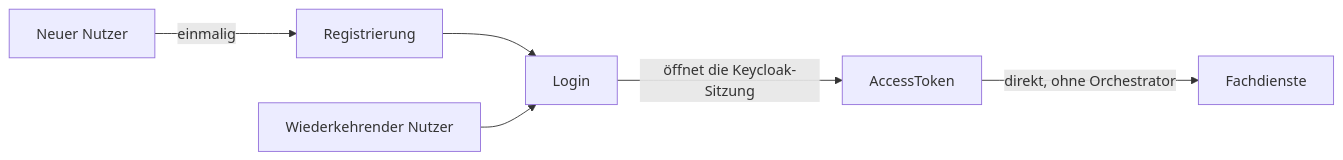
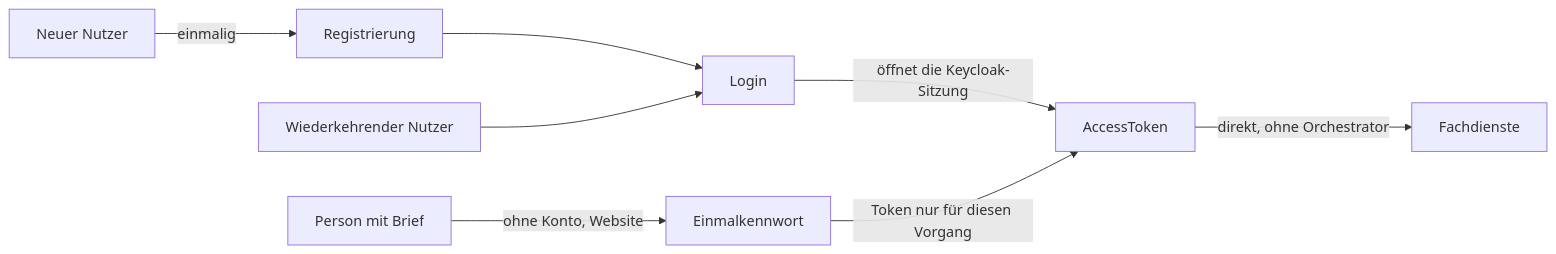
Before and after one commit to rpreissel/identity-demo: the first of 2 diagrams in docs/01-ueberblick.md, drawn with Mermaid. The commit also changed other lines of this file and 10 other files, not shown here.

First line of the commit message:
Doku und Diagramme zum Vorgangszugang nachgezogen (DPoP-demo-uhj4)

````diff
--- a/docs/01-ueberblick.md
+++ b/docs/01-ueberblick.md
@@ -20,8 +22,10 @@
 ```mermaid
 flowchart LR
   N["Neuer Nutzer"] -- einmalig --> R["Registrierung"]
   R --> L
   B["Wiederkehrender Nutzer"] --> L["Login"]
+  E["Person mit Brief"] -- "ohne Konto, Website" --> V["Einmalkennwort"]
   L -- "öffnet die Keycloak-Sitzung" --> T["AccessToken"]
+  V -- "Token nur für diesen Vorgang" --> T
   T -- "direkt, ohne Orchestrator" --> F["Fachdienste"]
 ```
````
